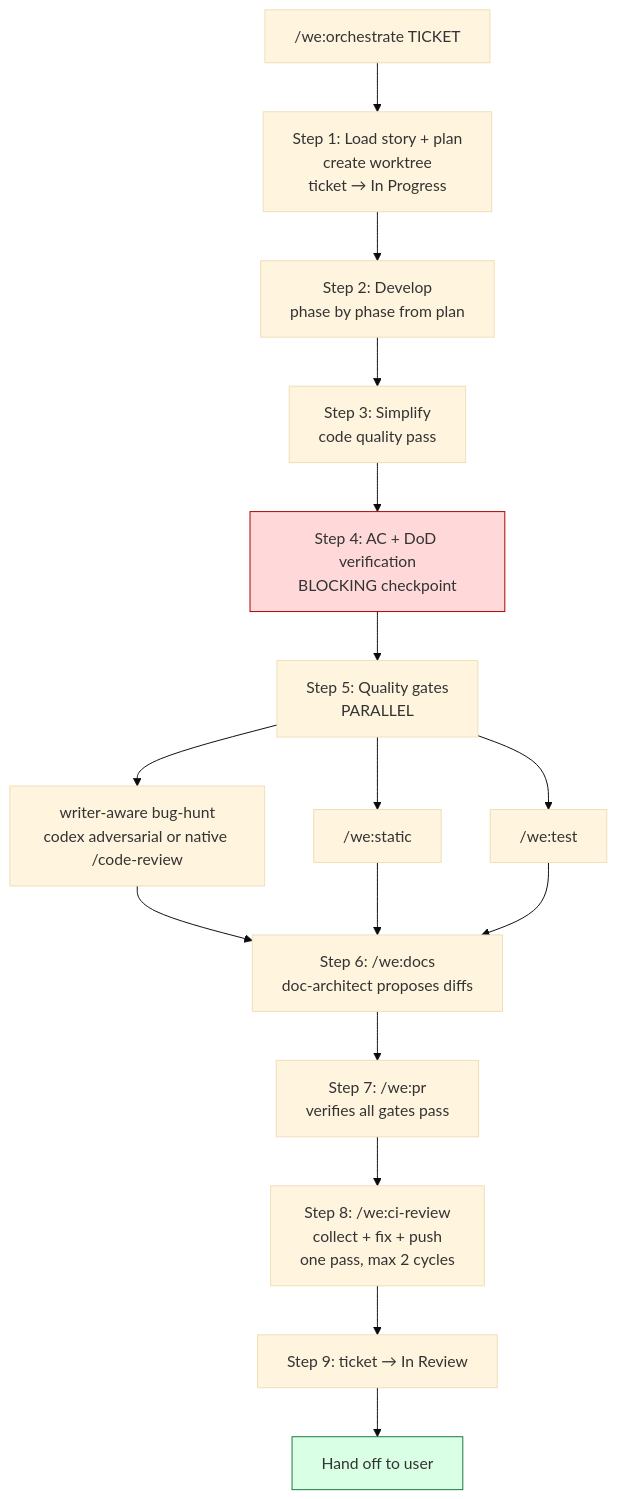
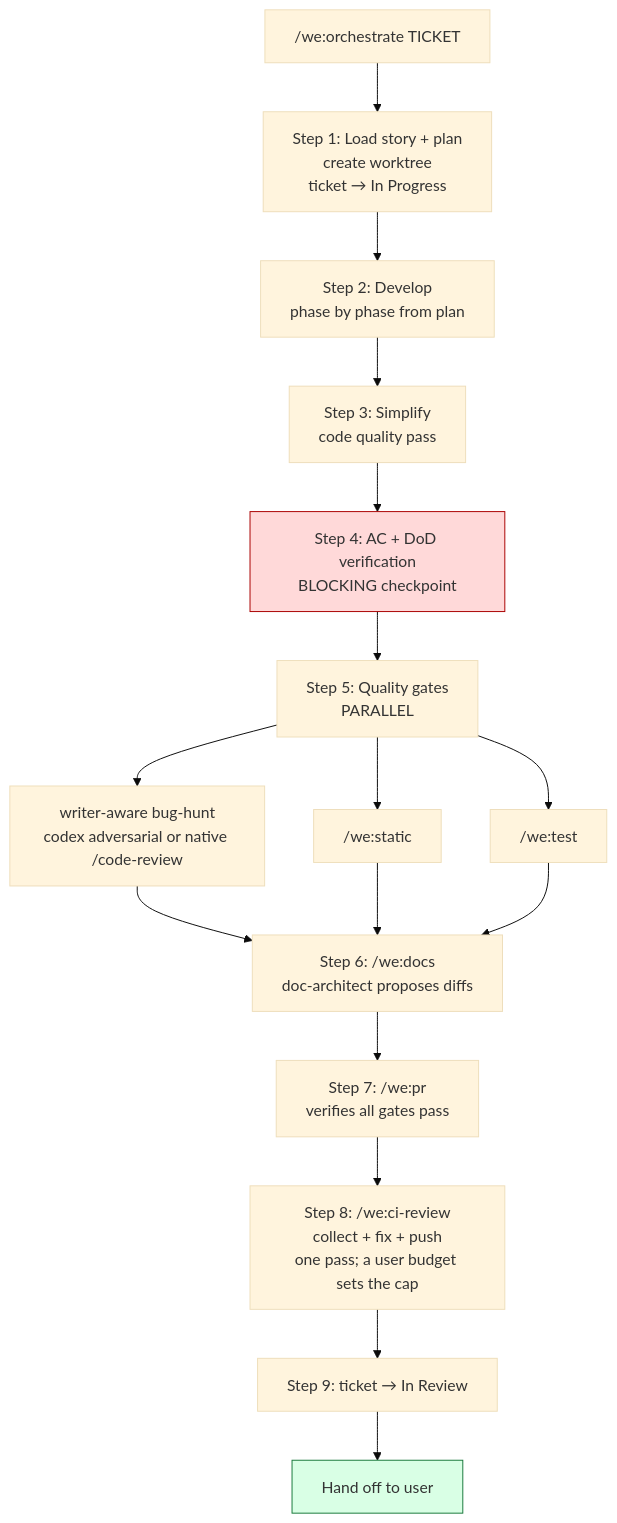
One commit to weside-ai/claude-code-plugin changed the second of 4 diagrams in docs/workflow.md. Above: the diagram before and after it, drawn with Mermaid (base theme). The commit also changed other lines of this file and 3 other files, not shown here.

Commit message:
docs(SIM-1): doc-architect pass — receipt field names, ci-review cap, develop lint step, refine fork contract

````diff
--- a/docs/workflow.md
+++ b/docs/workflow.md
@@ -81,19 +81,19 @@
 ```mermaid
 flowchart TB
     Start["/we:orchestrate TICKET"] --> DoR[Step 1: Load story + plan<br/>create worktree<br/>ticket → In Progress]
     DoR --> Dev[Step 2: Develop<br/>phase by phase from plan]
     Dev --> Simp[Step 3: Simplify<br/>code quality pass]
     Simp --> AC[Step 4: AC + DoD verification<br/>BLOCKING checkpoint]
     AC --> Gates[Step 5: Quality gates<br/>PARALLEL]
     Gates --> Review["writer-aware bug-hunt<br/>codex adversarial or native /code-review"]
     Gates --> Static["/we:static"]
     Gates --> Test["/we:test"]
     Review & Static & Test --> Docs[Step 6: /we:docs<br/>doc-architect proposes diffs]
     Docs --> PR[Step 7: /we:pr<br/>verifies all gates pass]
-    PR --> CI[Step 8: /we:ci-review<br/>collect + fix + push<br/>one pass, max 2 cycles]
+    PR --> CI[Step 8: /we:ci-review<br/>collect + fix + push<br/>one pass; a user budget sets the cap]
     CI --> Verify[Step 9: ticket → In Review]
     Verify --> Hand[Hand off to user]
 
     style AC fill:#ffd9d9,stroke:#aa0000
     style Hand fill:#d9ffe5,stroke:#1a7a3c
 ```
````
